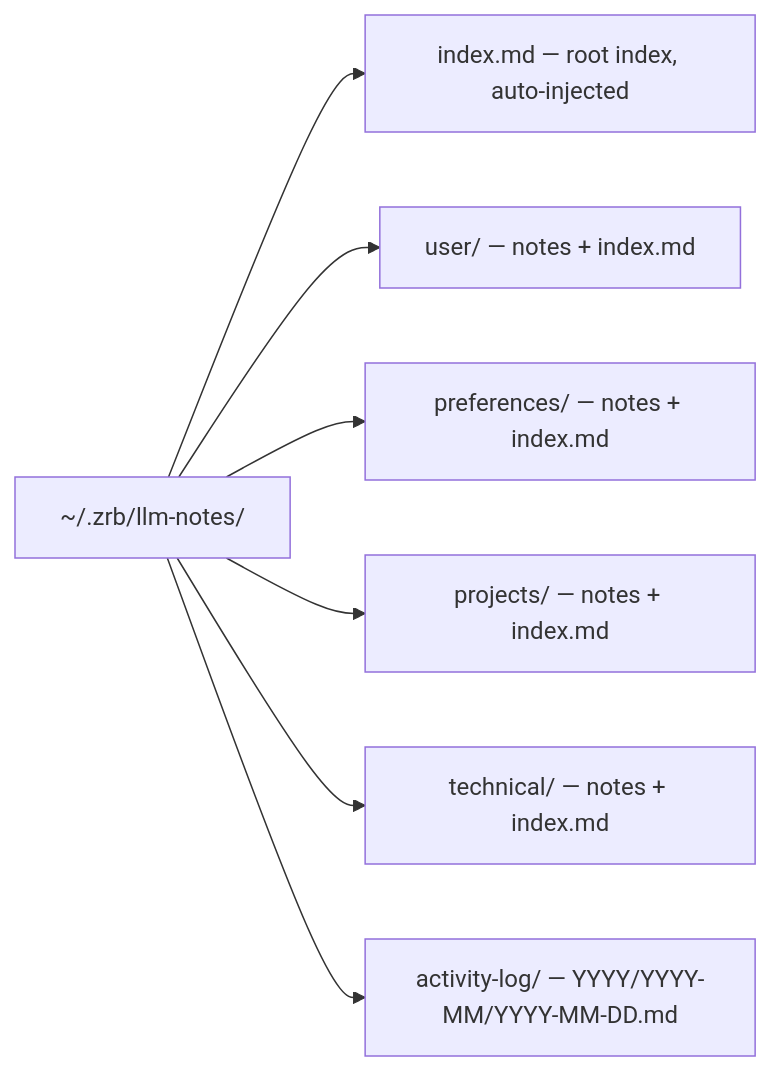
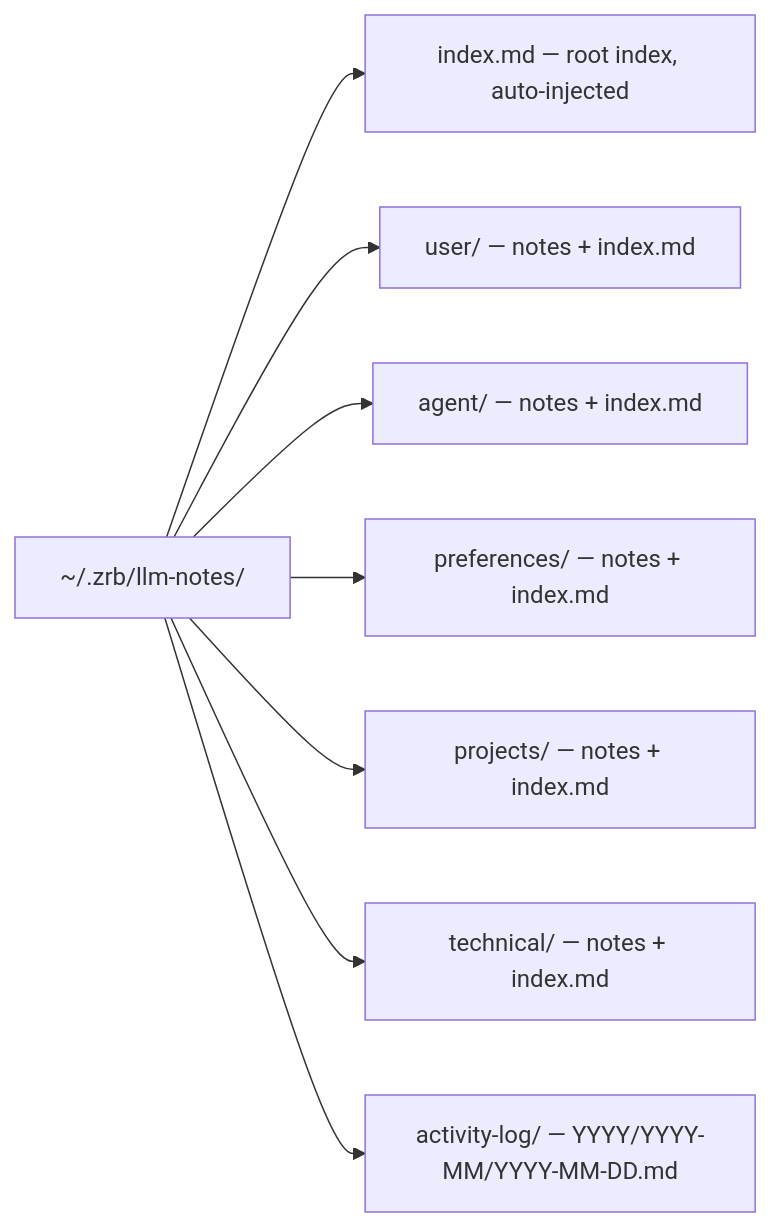
Before and after one commit to state-alchemists/zrb: the diagram in docs/technical-specs/llm-context.md, drawn with Mermaid. The commit also changed other lines of this file and 4 other files, not shown here.

````diff
--- a/docs/technical-specs/llm-context.md
+++ b/docs/technical-specs/llm-context.md
@@ -47,9 +47,10 @@
 ```mermaid
 flowchart LR
     Root["~/.zrb/llm-notes/"] --> Index["index.md — root index, auto-injected"]
     Root --> U["user/ — notes + index.md"]
+    Root --> AG["agent/ — notes + index.md"]
     Root --> P["preferences/ — notes + index.md"]
     Root --> PR["projects/ — notes + index.md"]
     Root --> T["technical/ — notes + index.md"]
     Root --> A["activity-log/ — YYYY/YYYY-MM/YYYY-MM-DD.md"]
 ```
````
